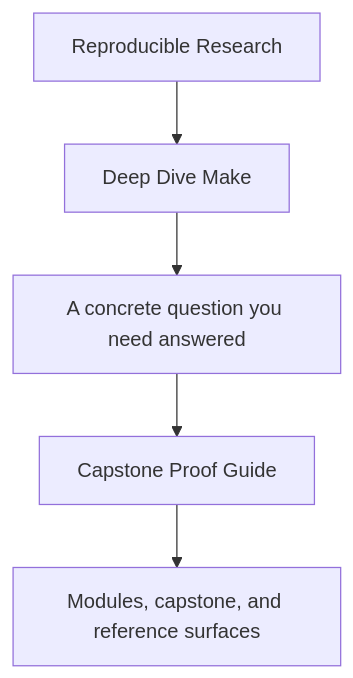
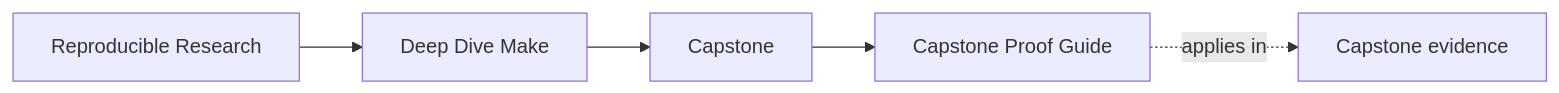
One commit to bijux/bijux-masterclass changed the first of 2 diagrams in programs/reproducible-research/deep-dive-make/course-book/capstone/capstone-proof-guide.md. Above: the diagram before and after it, drawn with Mermaid. The commit also changed other lines of this file and 146 other files, not shown here.

Commit message:
docs(deep-dive-make): map build truth and release review surfaces

````diff
--- a/programs/reproducible-research/deep-dive-make/course-book/capstone/capstone-proof-guide.md
+++ b/programs/reproducible-research/deep-dive-make/course-book/capstone/capstone-proof-guide.md
@@ -6,7 +6,11 @@
 ```mermaid
-flowchart TD
-  family["Reproducible Research"] --> program["Deep Dive Make"]
-  program --> pressure["A concrete question you need answered"]
-  pressure --> guide["Capstone Proof Guide"]
-  guide --> next["Modules, capstone, and reference surfaces"]
+graph LR
+  family["Reproducible Research"]
+  program["Deep Dive Make"]
+  section["Capstone"]
+  page["Capstone Proof Guide"]
+  capstone["Capstone evidence"]
+
+  family --> program --> section --> page
+  page -.applies in.-> capstone
 ```
````
